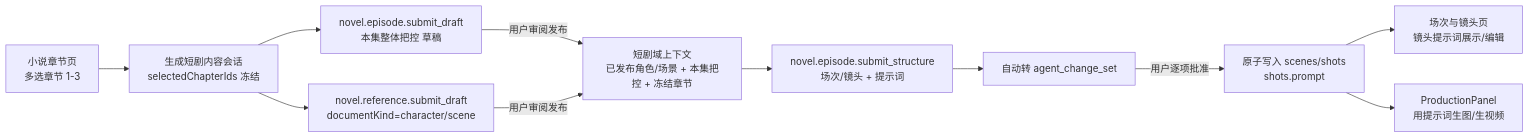
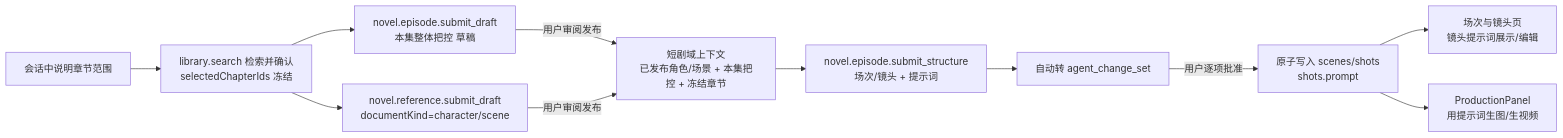
One commit to XlNGI/xlngaiforwindows changed the diagram in docs/SHORT-DRAMA-EPISODE-GENERATION-PLAN.md. Above: the diagram before and after it, drawn with Mermaid. The commit also changed other lines of this file and 31 other files, not shown here.

````diff
--- a/docs/SHORT-DRAMA-EPISODE-GENERATION-PLAN.md
+++ b/docs/SHORT-DRAMA-EPISODE-GENERATION-PLAN.md
@@ -113,13 +113,13 @@
 ```mermaid
 flowchart LR
-  A[小说章节页<br/>多选章节 1-3] --> B[生成短剧内容会话<br/>selectedChapterIds 冻结]
+  A[会话中说明章节范围] --> B[library.search 检索并确认<br/>selectedChapterIds 冻结]
   B --> C[novel.episode.submit_draft<br/>本集整体把控 草稿]
   C -->|用户审阅发布| D[短剧域上下文<br/>已发布角色/场景 + 本集把控 + 冻结章节]
   D --> E[novel.episode.submit_structure<br/>场次/镜头 + 提示词]
   E --> F[自动转 agent_change_set]
   F -->|用户逐项批准| G[原子写入 scenes/shots<br/>shots.prompt]
   B --> H[novel.reference.submit_draft<br/>documentKind=character/scene]
   H -->|用户审阅发布| D
   G --> I[场次与镜头页<br/>镜头提示词展示/编辑]
   G --> J[ProductionPanel<br/>用提示词生图/生视频]
 ```
````
